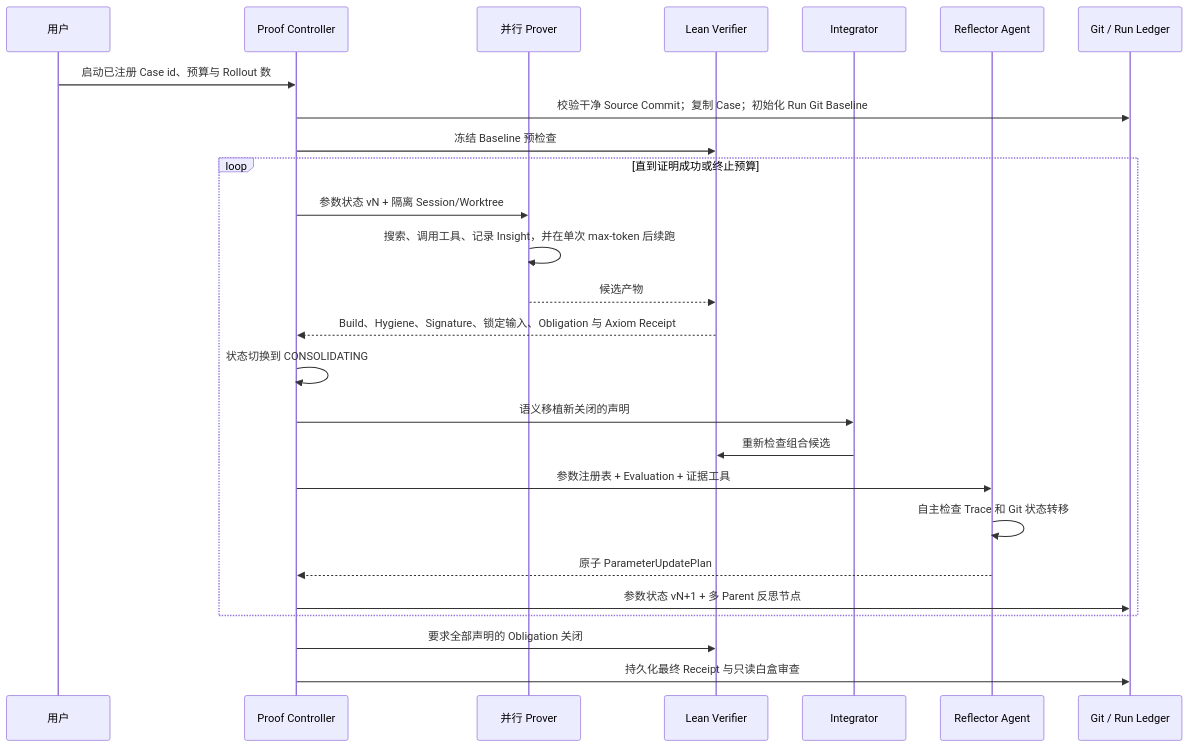
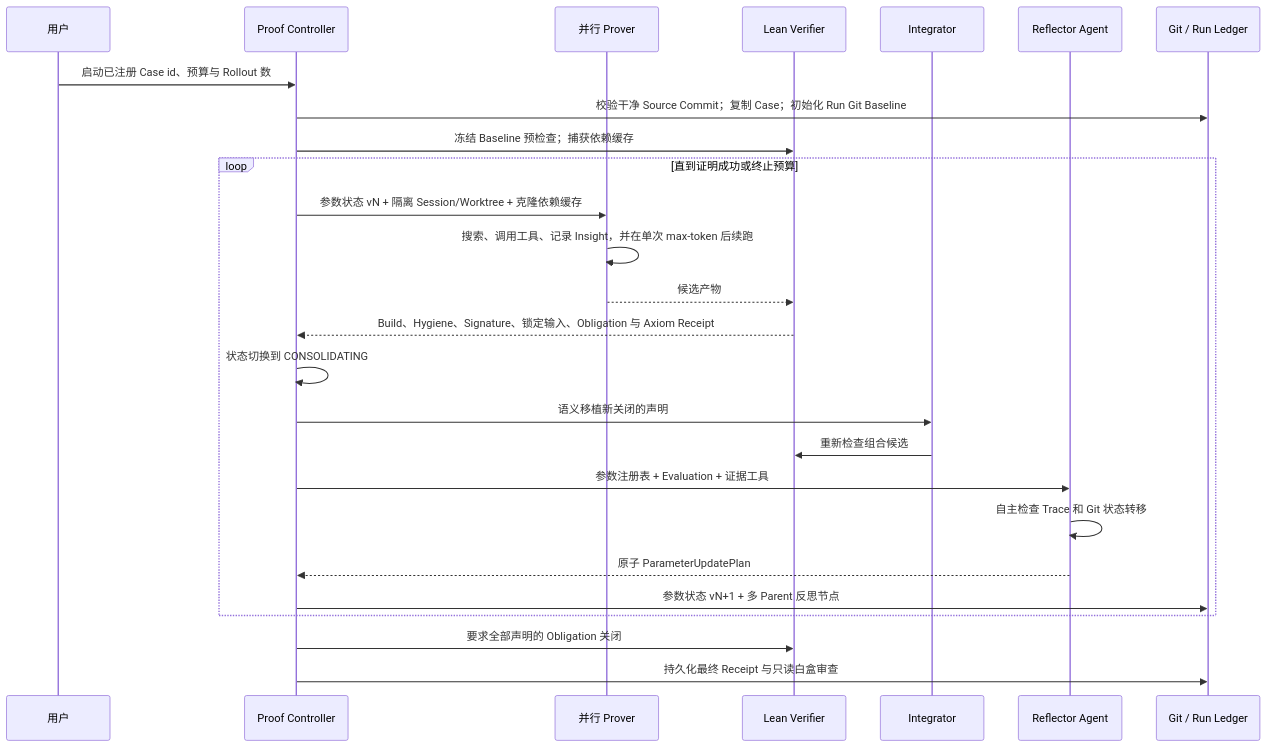
One commit to BruceLoveLee000/tokens-as-parameters changed the second of 2 diagrams in docs/zh-CN/architecture/dsh-formal-proof-bundle.md. Above: the diagram before and after it, drawn with Mermaid. The commit also changed other lines of this file and 11 other files, not shown here.

````diff
--- a/docs/zh-CN/architecture/dsh-formal-proof-bundle.md
+++ b/docs/zh-CN/architecture/dsh-formal-proof-bundle.md
@@ -83,29 +83,29 @@
 ```mermaid
 sequenceDiagram
   participant U as 用户
   participant C as Proof Controller
   participant P as 并行 Prover
   participant L as Lean Verifier
   participant I as Integrator
   participant R as Reflector Agent
   participant G as Git / Run Ledger
 
   U->>C: 启动已注册 Case id、预算与 Rollout 数
   C->>G: 校验干净 Source Commit；复制 Case；初始化 Run Git Baseline
-  C->>L: 冻结 Baseline 预检查
+  C->>L: 冻结 Baseline 预检查；捕获依赖缓存
   loop 直到证明成功或终止预算
-    C->>P: 参数状态 vN + 隔离 Session/Worktree
+    C->>P: 参数状态 vN + 隔离 Session/Worktree + 克隆依赖缓存
     P->>P: 搜索、调用工具、记录 Insight，并在单次 max-token 后续跑
     P-->>L: 候选产物
     L-->>C: Build、Hygiene、Signature、锁定输入、Obligation 与 Axiom Receipt
     C->>C: 状态切换到 CONSOLIDATING
     C->>I: 语义移植新关闭的声明
     I->>L: 重新检查组合候选
     C->>R: 参数注册表 + Evaluation + 证据工具
     R->>R: 自主检查 Trace 和 Git 状态转移
     R-->>C: 原子 ParameterUpdatePlan
     C->>G: 参数状态 vN+1 + 多 Parent 反思节点
   end
   C->>L: 要求全部声明的 Obligation 关闭
   C->>G: 持久化最终 Receipt 与只读白盒审查
 ```
````
